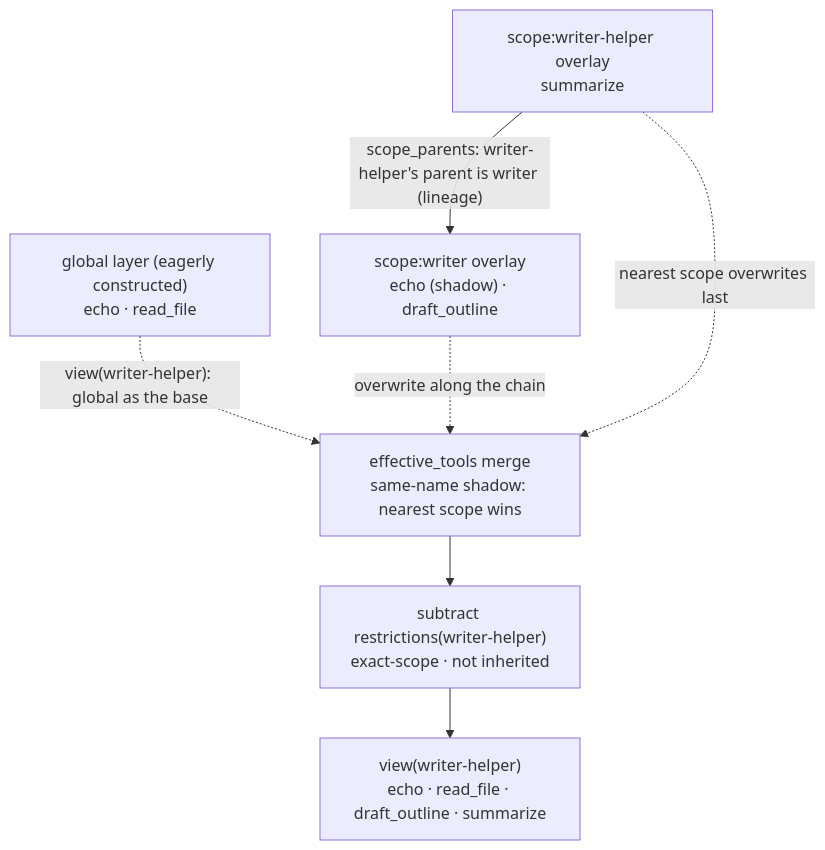
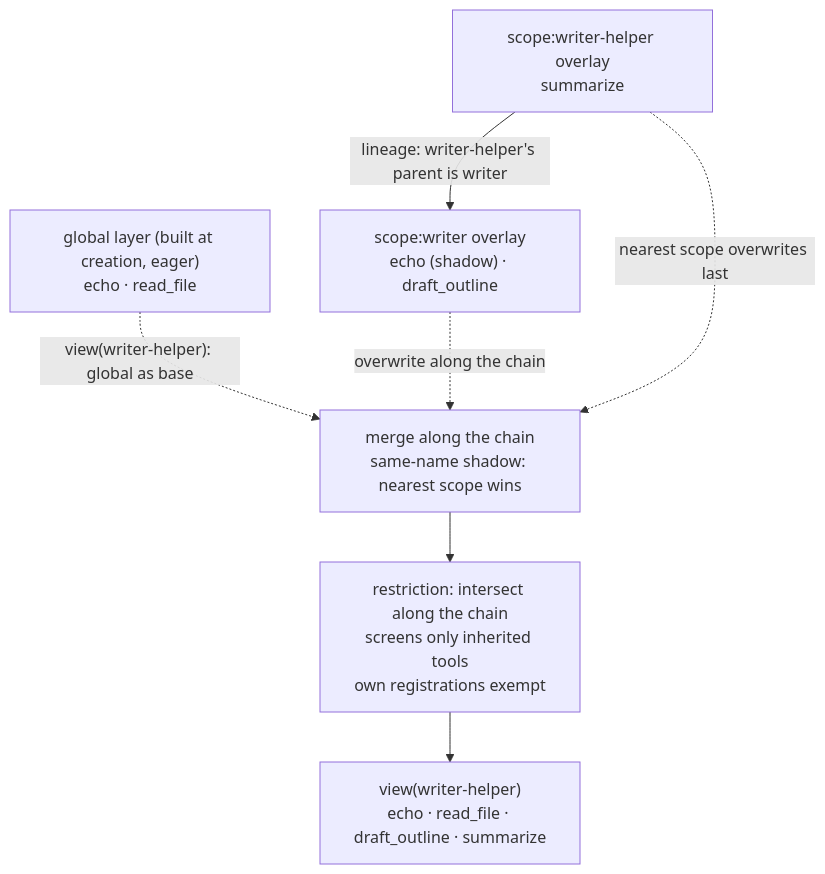
One commit to ChenYu1991ppak/deepseek-harness-anatomy changed the diagram in ch09/ch09-scope_en.md. Above: the diagram before and after it, drawn with Mermaid. The commit also changed other lines of this file and 124 other files, not shown here.

````diff
--- a/ch09/ch09-scope_en.md
+++ b/ch09/ch09-scope_en.md
@@ -97,14 +97,14 @@
 ```mermaid
 flowchart TB
-    GL["global layer (eagerly constructed)<br/>echo · read_file"]
+    GL["global layer (built at creation, eager)<br/>echo · read_file"]
     WL["scope:writer overlay<br/>echo (shadow) · draft_outline"]
     HL["scope:writer-helper overlay<br/>summarize"]
-    HL -- "scope_parents: writer-helper's parent is writer (lineage)" --> WL
+    HL -- "lineage: writer-helper's parent is writer" --> WL
 
-    GL -. "view(writer-helper): global as the base" .-> MG
+    GL -. "view(writer-helper): global as base" .-> MG
     WL -. "overwrite along the chain" .-> MG
     HL -. "nearest scope overwrites last" .-> MG
-    MG["effective_tools merge<br/>same-name shadow: nearest scope wins"]
-    MG --> FT["subtract restrictions(writer-helper)<br/>exact-scope · not inherited"]
+    MG["merge along the chain<br/>same-name shadow: nearest scope wins"]
+    MG --> FT["restriction: intersect along the chain<br/>screens only inherited tools<br/>own registrations exempt"]
     FT --> VW["view(writer-helper)<br/>echo · read_file · draft_outline · summarize"]
 ```
````
